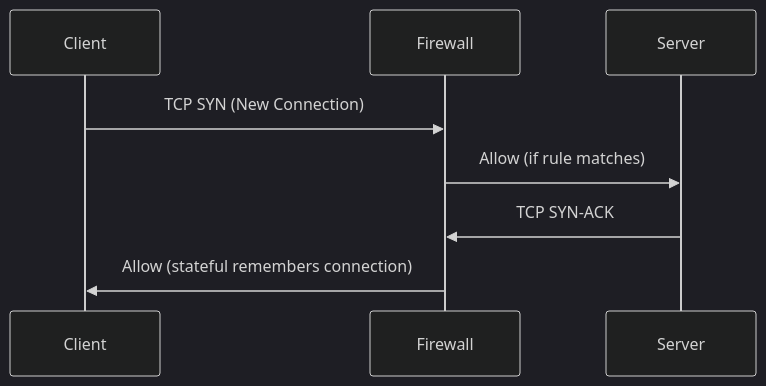
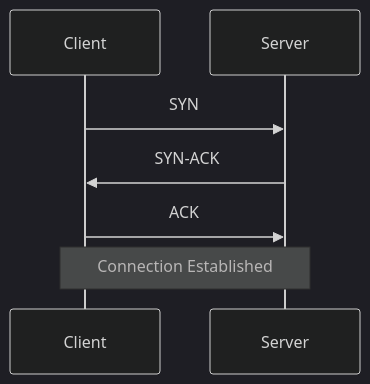
One commit to Sagar2366/LearnWithSagar changed the first of 2 diagrams in DailyChallenges/Season2/Day18/challenge.md. Above: the diagram before and after it, drawn with Mermaid (dark theme). The commit also changed other lines of this file, not shown here.

````diff
--- a/DailyChallenges/Season2/Day18/challenge.md
+++ b/DailyChallenges/Season2/Day18/challenge.md
@@ -88,11 +35,10 @@
 ```mermaid
 sequenceDiagram
     participant Client
-    participant Firewall
     participant Server
 
-    Client->>Firewall: TCP SYN (New Connection)
-    Firewall->>Server: Allow (if rule matches)
-    Server->>Firewall: TCP SYN-ACK
-    Firewall->>Client: Allow (stateful remembers connection)
+    Client->>Server: SYN
+    Server->>Client: SYN-ACK
+    Client->>Server: ACK
+    Note over Client,Server: Connection Established
 ```
````
